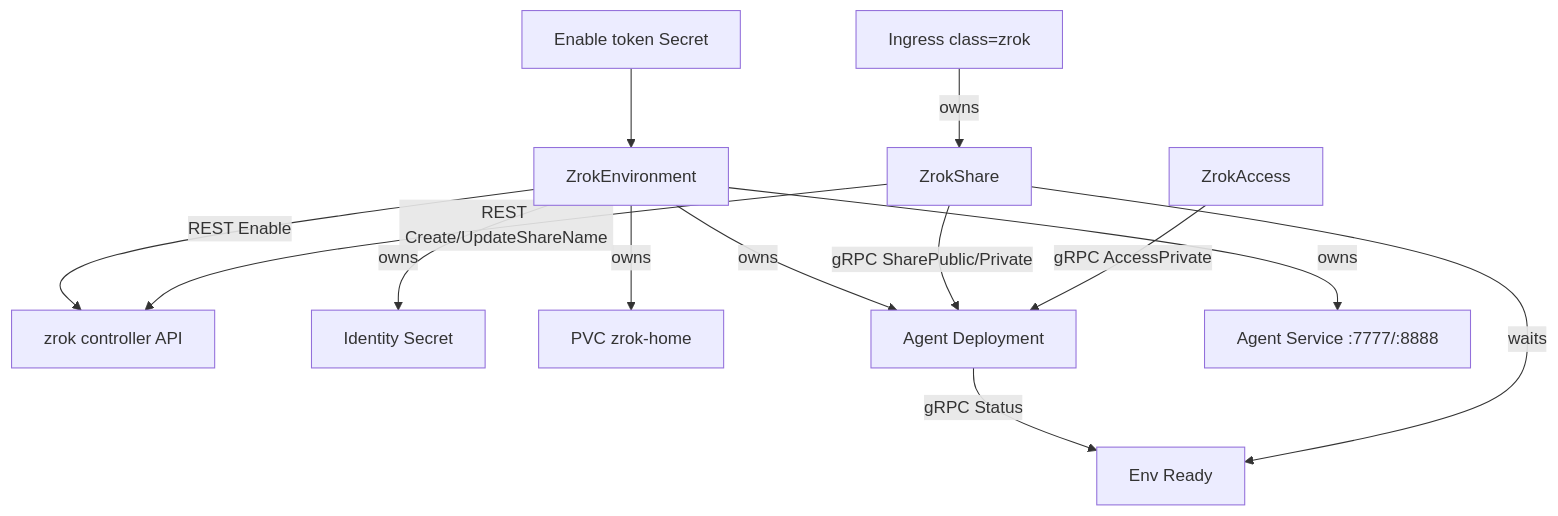
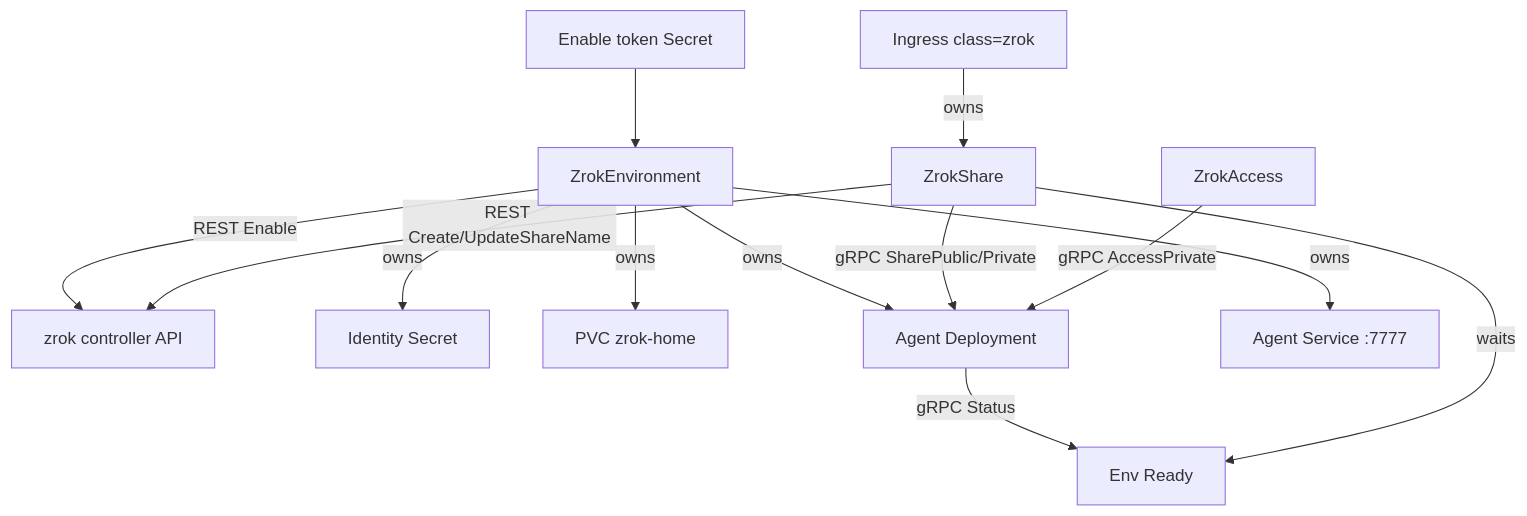
One commit to vulkoingim/zrok-operator changed the diagram in .memory-bank/system-architecture.md. Above: the diagram before and after it, drawn with Mermaid. The commit also changed other lines of this file and 39 other files, not shown here.

````diff
--- a/.memory-bank/system-architecture.md
+++ b/.memory-bank/system-architecture.md
@@ -30,15 +30,15 @@
 ```mermaid
 flowchart TD
   token[Enable token Secret] --> env[ZrokEnvironment]
   env -->|REST Enable| zrokAPI[zrok controller API]
   env -->|owns| idSecret[Identity Secret]
   env -->|owns| pvc[PVC zrok-home]
   env -->|owns| deploy[Agent Deployment]
-  env -->|owns| svc[Agent Service :7777/:8888]
+  env -->|owns| svc[Agent Service :7777]
   deploy -->|gRPC Status| ready[Env Ready]
   share[ZrokShare] -->|waits| ready
   share -->|REST Create/UpdateShareName| zrokAPI
   share -->|gRPC SharePublic/Private| deploy
   access[ZrokAccess] -->|gRPC AccessPrivate| deploy
   ing[Ingress class=zrok] -->|owns| share
 ```
````
